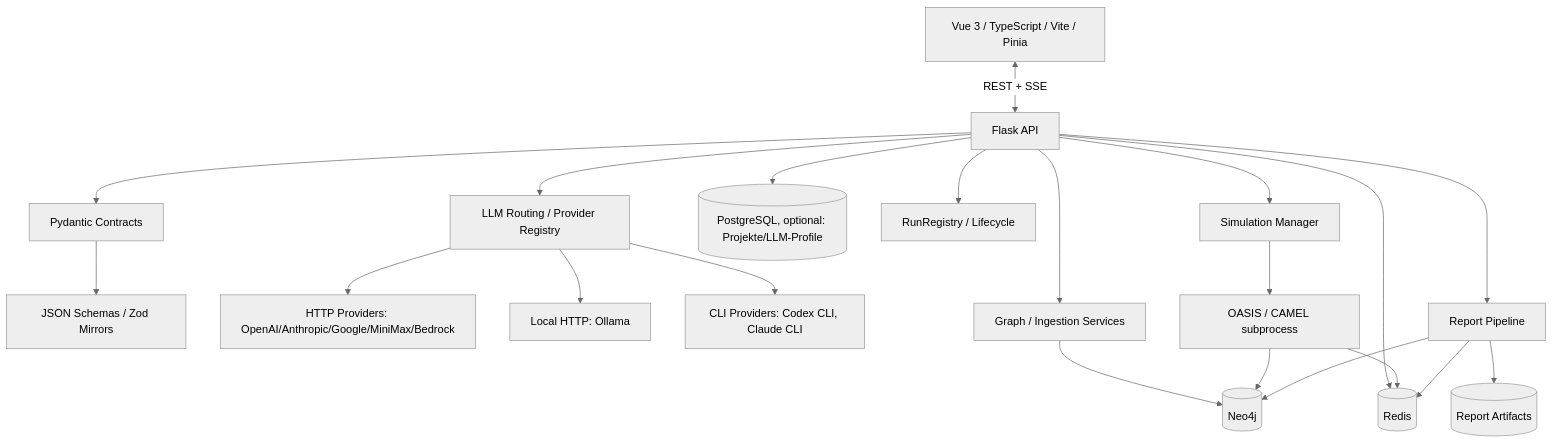
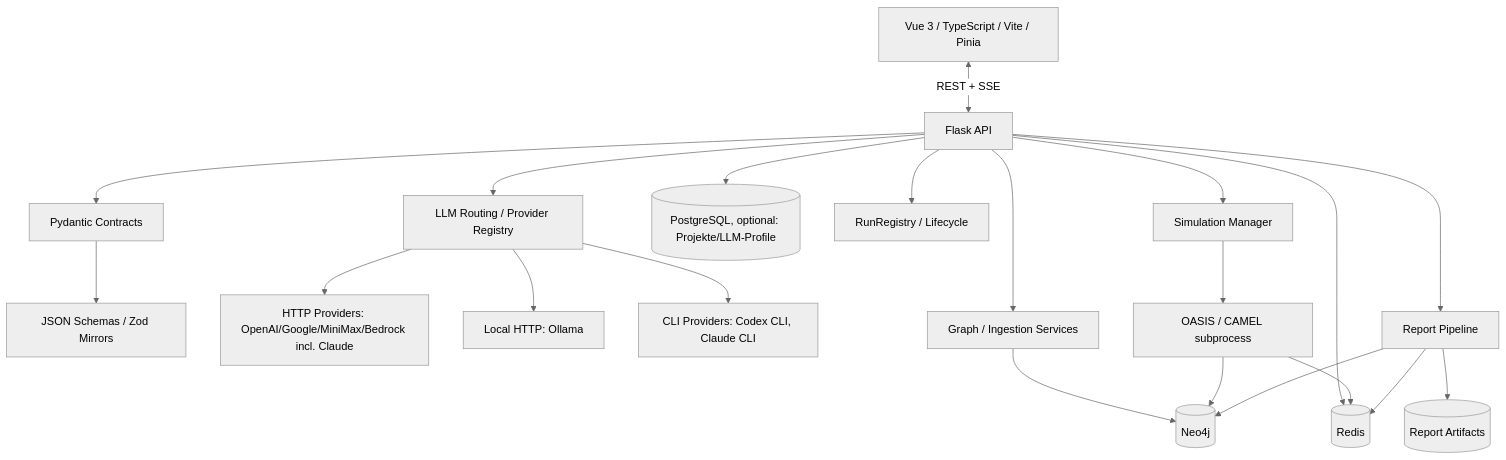
The diagram in docs/architecture.md (arn0ld87/agora), drawn with Mermaid (neutral theme) before and after one commit. The commit also changed 2 other files, not shown here.

Commit message:
docs(llm): Anthropic als reine Discovery in README, CONTEXT und Architektur (#1284)
Claude-Session: https://claude.ai/code/session_01TKQZSZg38jzFqY3zzXm2dX

````diff
--- a/docs/architecture.md
+++ b/docs/architecture.md
@@ -51,29 +51,29 @@
 ```mermaid
 graph TD
     UI[Vue 3 / TypeScript / Vite / Pinia] <-->|REST + SSE| API[Flask API]
     API --> CONTRACTS[Pydantic Contracts]
     CONTRACTS --> ZOD[JSON Schemas / Zod Mirrors]
 
     API --> ROUTING[LLM Routing / Provider Registry]
-    ROUTING --> HTTP[HTTP Providers: OpenAI/Anthropic/Google/MiniMax/Bedrock]
+    ROUTING --> HTTP[HTTP Providers: OpenAI/Google/MiniMax/Bedrock incl. Claude]
     ROUTING --> LOCAL[Local HTTP: Ollama]
     ROUTING --> CLI[CLI Providers: Codex CLI, Claude CLI]
 
     API --> PG[(PostgreSQL, optional: Projekte/LLM-Profile)]
 
     API --> GRAPH[Graph / Ingestion Services]
     GRAPH --> NEO[(Neo4j)]
 
     API --> RUNS[RunRegistry / Lifecycle]
     API --> REDIS[(Redis)]
 
     API --> SIM[Simulation Manager]
     SIM --> OASIS[OASIS / CAMEL subprocess]
     OASIS --> REDIS
     OASIS --> NEO
 
     API --> REPORT[Report Pipeline]
     REPORT --> NEO
     REPORT --> REDIS
     REPORT --> FILES[(Report Artifacts)]
 ```
````
